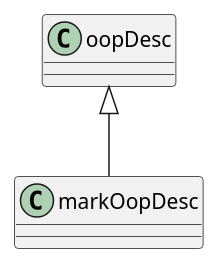
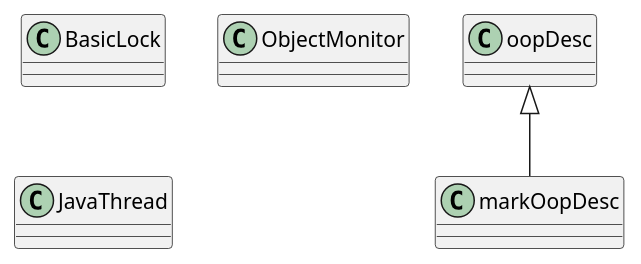
The diagram in 10-java/src/openjdk/hotspot.src/share.vm/oops/markOop.md (onlyonion/development), drawn with PlantUML before and after one commit. The commit also changed other lines of this file and 73 other files, not shown here.

````diff
--- a/10-java/src/openjdk/hotspot.src/share.vm/oops/markOop.md
+++ b/10-java/src/openjdk/hotspot.src/share.vm/oops/markOop.md
@@ -1,10 +3,14 @@
 ```plantuml
 @startuml
+
+class BasicLock
+class ObjectMonitor
+class JavaThread
 
 class oopDesc
 class markOopDesc
 
 oopDesc ^-- markOopDesc
 
 @enduml
 ```
````
